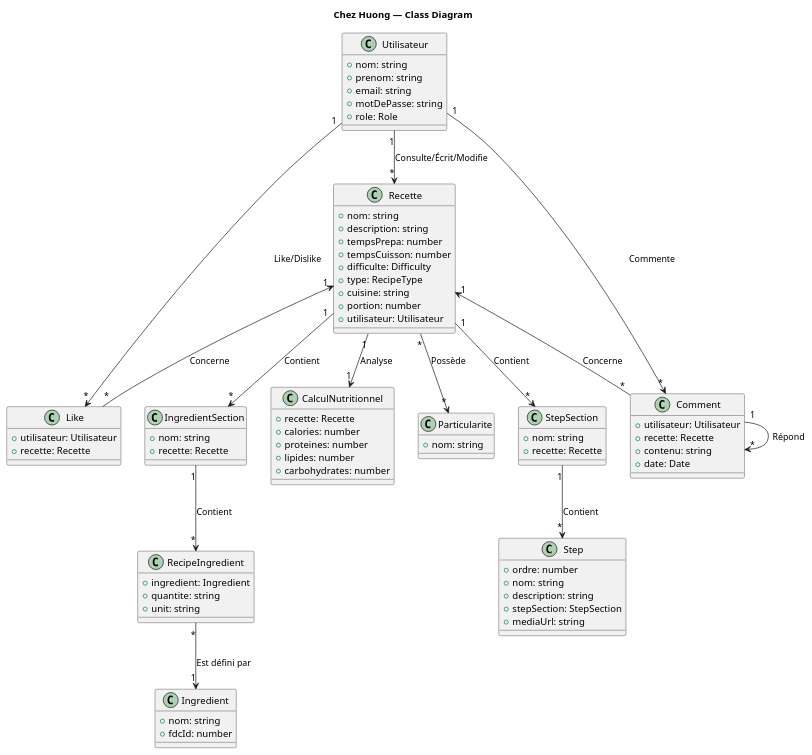
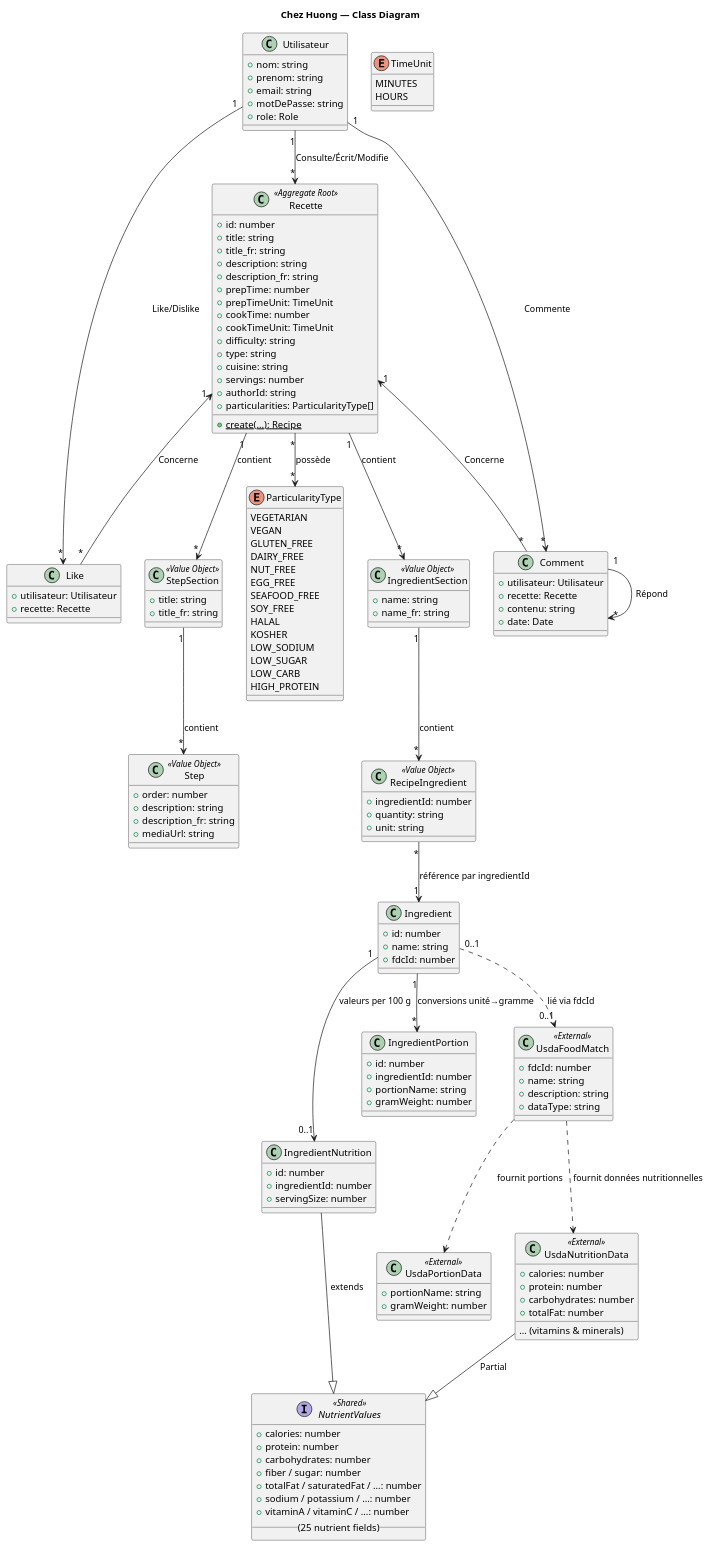
One commit to Orchydae/Chez_Huong changed the diagram in docs/diagrams/class_diagram.puml. Above: the diagram before and after it, drawn with PlantUML. The commit also changed 21 other files, not shown here.

Commit message:
feat: Implement recipes module with domain, application, and infrastructure components, and update project documentation.

```diff
--- a/docs/diagrams/class_diagram.puml
+++ b/docs/diagrams/class_diagram.puml
@@ -3,6 +3,10 @@
 
 skinparam componentStyle rectangle
 skinparam defaultFontName Monospace
+
+' ===========================================================================
+' AUTH MODULE
+' ===========================================================================
 
 class Utilisateur {
     +nom: string
@@ -12,50 +16,139 @@
     +role: Role
 }
 
-class Recette {
-    +nom: string
+' ===========================================================================
+' RECIPE MODULE — DOMAIN ENTITIES & VALUE OBJECTS
+' ===========================================================================
+
+class Recette <<Aggregate Root>> {
+    +id: number
+    +title: string
+    +title_fr: string
     +description: string
-    +tempsPrepa: number
-    +tempsCuisson: number
-    +difficulte: Difficulty
-    +type: RecipeType
+    +description_fr: string
+    +prepTime: number
+    +prepTimeUnit: TimeUnit
+    +cookTime: number
+    +cookTimeUnit: TimeUnit
+    +difficulty: string
+    +type: string
     +cuisine: string
-    +portion: number
-    +utilisateur: Utilisateur
+    +servings: number
+    +authorId: string
+    +particularities: ParticularityType[]
+    {static} +create(…): Recipe
 }
 
-class Particularite {
-    +nom: string
+enum ParticularityType {
+    VEGETARIAN
+    VEGAN
+    GLUTEN_FREE
+    DAIRY_FREE
+    NUT_FREE
+    EGG_FREE
+    SEAFOOD_FREE
+    SOY_FREE
+    HALAL
+    KOSHER
+    LOW_SODIUM
+    LOW_SUGAR
+    LOW_CARB
+    HIGH_PROTEIN
 }
 
-class StepSection {
-    +nom: string
-    +recette: Recette
+enum TimeUnit {
+    MINUTES
+    HOURS
 }
 
-class Step {
-    +ordre: number
-    +nom: string
+class IngredientSection <<Value Object>> {
+    +name: string
+    +name_fr: string
+}
+
+class RecipeIngredient <<Value Object>> {
+    +ingredientId: number
+    +quantity: string
+    +unit: string
+}
+
+class StepSection <<Value Object>> {
+    +title: string
+    +title_fr: string
+}
+
+class Step <<Value Object>> {
+    +order: number
     +description: string
-    +stepSection: StepSection
+    +description_fr: string
     +mediaUrl: string
 }
 
-class IngredientSection {
-    +nom: string
-    +recette: Recette
-}
+' ===========================================================================
+' RECIPE MODULE — INGREDIENT ENTITIES
+' ===========================================================================
 
 class Ingredient {
-    +nom: string
+    +id: number
+    +name: string
     +fdcId: number
 }
 
-class RecipeIngredient {
-    +ingredient: Ingredient
-    +quantite: string
-    +unit: string
+class IngredientNutrition {
+    +id: number
+    +ingredientId: number
+    +servingSize: number
 }
+
+class IngredientPortion {
+    +id: number
+    +ingredientId: number
+    +portionName: string
+    +gramWeight: number
+}
+
+' ===========================================================================
+' SHARED — NUTRIENT VALUES
+' ===========================================================================
+
+interface NutrientValues <<Shared>> {
+    +calories: number
+    +protein: number
+    +carbohydrates: number
+    +fiber / sugar: number
+    +totalFat / saturatedFat / …: number
+    +sodium / potassium / …: number
+    +vitaminA / vitaminC / …: number
+    __(25 nutrient fields)__
+}
+
+' ===========================================================================
+' RECIPE MODULE — USDA EXTERNAL DATA TYPES
+' ===========================================================================
+
+class UsdaFoodMatch <<External>> {
+    +fdcId: number
+    +name: string
+    +description: string
+    +dataType: string
+}
+
+class UsdaNutritionData <<External>> {
+    +calories: number
+    +protein: number
+    +carbohydrates: number
+    +totalFat: number
+    … (vitamins & minerals)
+}
+
+class UsdaPortionData <<External>> {
+    +portionName: string
+    +gramWeight: number
+}
+
+' ===========================================================================
+' SOCIAL FEATURES
+' ===========================================================================
 
 class Like {
     +utilisateur: Utilisateur
@@ -69,28 +162,46 @@
     +date: Date
 }
 
-class CalculNutritionnel {
-    +recette: Recette
-    +calories: number
-    +proteines: number
-    +lipides: number
-    +carbohydrates: number
-}
+' ===========================================================================
+' RELATIONSHIPS — Recipe Structure
+' ===========================================================================
 
 Utilisateur "1" --> "*" Recette: Consulte/Écrit/Modifie
 
-Recette "1" --> "*" IngredientSection: Contient
-IngredientSection "1" --> "*" RecipeIngredient: Contient
-RecipeIngredient "*" --> "1" Ingredient: Est défini par
+Recette "1" --> "*" IngredientSection: contient
+IngredientSection "1" --> "*" RecipeIngredient: contient
+RecipeIngredient "*" --> "1" Ingredient: référence par ingredientId
 
-Recette "*" --> "*" Particularite: Possède
+Recette "1" --> "*" StepSection: contient
+StepSection "1" --> "*" Step: contient
 
-Recette "1" --> "1" CalculNutritionnel: Analyse
+Recette "*" --> "*" ParticularityType: possède
+
+' ===========================================================================
+' RELATIONSHIPS — Ingredient → Nutrition / Portions
+' ===========================================================================
+
+Ingredient "1" --> "0..1" IngredientNutrition: valeurs per 100 g
+IngredientNutrition --|> NutrientValues: extends
+Ingredient "1" --> "*" IngredientPortion: conversions unité→gramme
+
+UsdaNutritionData --|> NutrientValues: Partial
+
+' ===========================================================================
+' RELATIONSHIPS — USDA External Data
+' ===========================================================================
+
+Ingredient "0..1" ..> "0..1" UsdaFoodMatch: lié via fdcId
+UsdaFoodMatch ..> UsdaNutritionData: fournit données nutritionnelles
+UsdaFoodMatch ..> UsdaPortionData: fournit portions
+
+
+' ===========================================================================
+' RELATIONSHIPS — Social Features
+' ===========================================================================
+
 Recette "1" <-- "*" Like: Concerne
 Recette "1" <-- "*" Comment: Concerne
-Recette "1" --> "*" StepSection: Contient
-StepSection "1" --> "*" Step: Contient
-
 Utilisateur "1" --> "*" Like: Like/Dislike
 Utilisateur "1" --> "*" Comment: Commente
 Comment "1" --> "*" Comment: Répond
```
